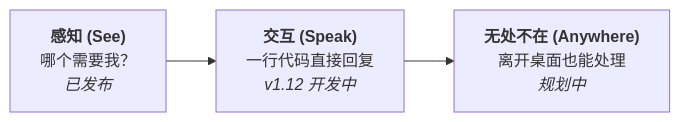
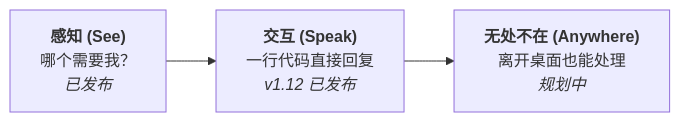
Before and after one commit to ctliz/TmuxDeck: the first of 2 diagrams in README.zh-CN.md, drawn with Mermaid. The commit also changed other lines of this file and 17 other files, not shown here.

````diff
--- a/README.zh-CN.md
+++ b/README.zh-CN.md
@@ -55,7 +90,7 @@
 ```mermaid
 flowchart LR
     A["<b>感知 (See)</b><br/>哪个需要我？<br/><i>已发布</i>"]
-    B["<b>交互 (Speak)</b><br/>一行代码直接回复<br/><i>v1.12 开发中</i>"]
+    B["<b>交互 (Speak)</b><br/>一行代码直接回复<br/><i>v1.12 已发布</i>"]
     C["<b>无处不在 (Anywhere)</b><br/>离开桌面也能处理<br/><i>规划中</i>"]
     A --> B --> C
 ```
````
